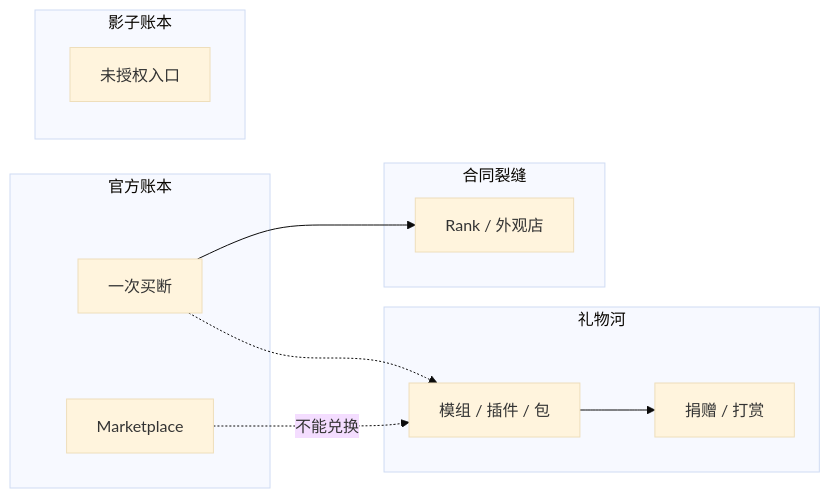
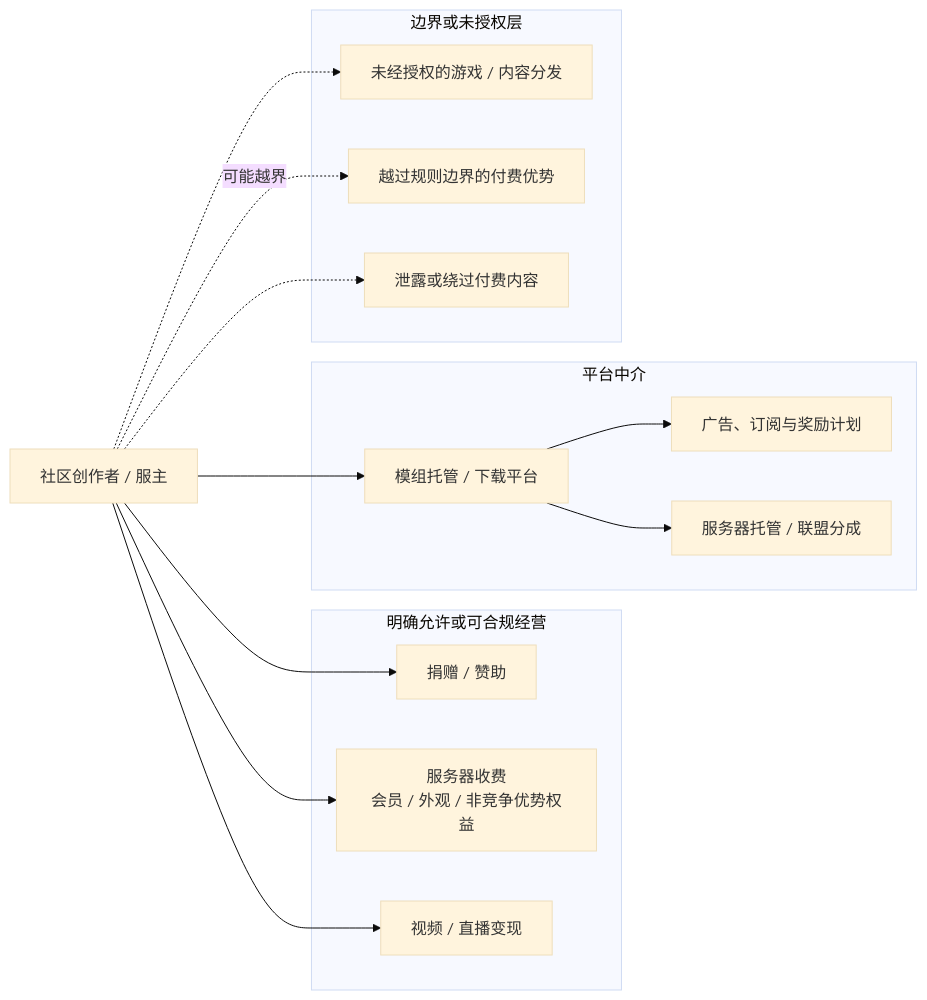
One commit to Dreamtowards/Thinking-In-Minecraft changed the diagram in docs/history/(part4)/grey-economy.mdx. Above: the diagram before and after it, drawn with Mermaid (base theme). The commit also changed other lines of this file and 1 other file, not shown here.

Commit message:
grey-economy.mdx

````diff
--- a/docs/history/(part4)/grey-economy.mdx
+++ b/docs/history/(part4)/grey-economy.mdx
@@ -26,21 +19,31 @@
 ```mermaid
 flowchart LR
-  subgraph Official["官方账本"]
-    Buy["一次买断"]
-    Shop["Marketplace"]
+  Creator["社区创作者 / 服主"]
+
+  subgraph Allowed["明确允许或可合规经营"]
+    Donate["捐赠 / 赞助"]
+    Server["服务器收费<br/>会员 / 外观 / 非竞争优势权益"]
+    Video["视频 / 直播变现"]
   end
-  subgraph Gift["礼物河"]
-    Mod["模组 / 插件 / 包"]
-    Donate["捐赠 / 打赏"]
+
+  subgraph Platform["平台中介"]
+    Host["模组托管 / 下载平台"]
+    Reward["广告、订阅与奖励计划"]
+    Hosting["服务器托管 / 联盟分成"]
   end
-  subgraph Crack["合同裂缝"]
-    Rank["Rank / 外观店"]
+
+  subgraph Grey["边界或未授权层"]
+    Redistribute["未经授权的游戏 / 内容分发"]
+    P2W["越过规则边界的付费优势"]
+    Leak["泄露或绕过付费内容"]
   end
-  subgraph Shadow["影子账本"]
-    Grey["未授权入口"]
-  end
-  Buy -.-> Mod
-  Mod --> Donate
-  Buy --> Rank
-  Shop -.->|不能兑换| Mod
+
+  Creator --> Donate
+  Creator --> Server
+  Creator --> Video
+  Creator --> Host --> Reward
+  Host --> Hosting
+  Creator -. "可能越界" .-> P2W
+  Creator -.-> Redistribute
+  Creator -.-> Leak
 ```
````
